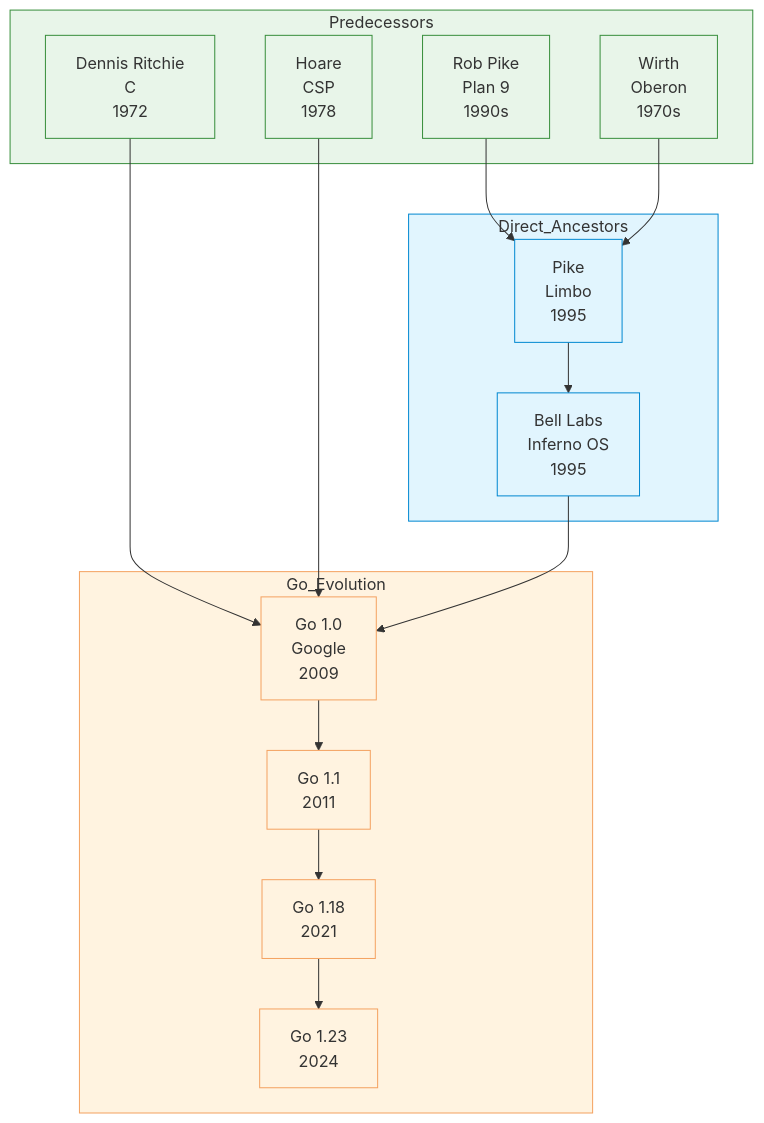
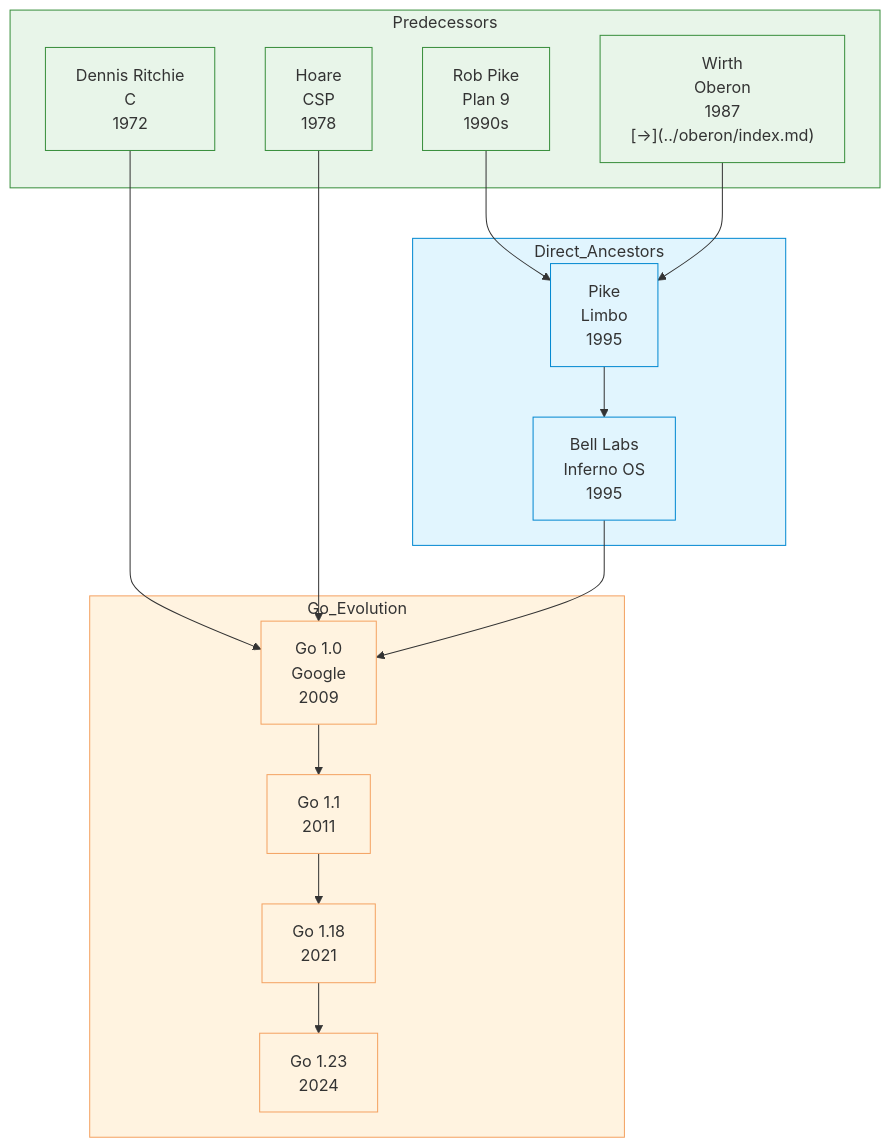
One commit to akardapolov/software-atlas changed the first of 4 diagrams in docs/languages/go/index.md. Above: the diagram before and after it, drawn with Mermaid. The commit also changed 22 other files, not shown here.

````diff
--- a/docs/languages/go/index.md
+++ b/docs/languages/go/index.md
@@ -68,45 +68,45 @@
 ```mermaid
 flowchart TD
     subgraph Predecessors
         C["Dennis Ritchie<br/>C<br/>1972"]
         CSP["Hoare<br/>CSP<br/>1978"]
-        Oberon["Wirth<br/>Oberon<br/>1970s"]
+        Oberon["Wirth<br/>Oberon<br/>1987<br/>[→](../oberon/index.md)"]
         Pike["Rob Pike<br/>Plan 9<br/>1990s"]
     end
 
     subgraph Direct_Ancestors
         Limbo["Pike<br/>Limbo<br/>1995"]
         Inferno["Bell Labs<br/>Inferno OS<br/>1995"]
     end
 
     subgraph Go_Evolution
         Go["Go 1.0<br/>Google<br/>2009"]
         Go1["Go 1.1<br/>2011"]
         Go18["Go 1.18<br/>2021"]
         Go23["Go 1.23<br/>2024"]
     end
 
     C --> Go
     CSP --> Go
     Pike --> Limbo
     Oberon --> Limbo
     Limbo --> Inferno
     Inferno --> Go
     Go --> Go1
     Go1 --> Go18
     Go18 --> Go23
 
     style Predecessors fill:#e8f5e9,stroke:#388e3c
     style Direct_Ancestors fill:#e1f5fe,stroke:#0288d1
     style Go_Evolution fill:#fff3e0,stroke:#f4a261
     style C fill:#e8f5e9,stroke:#388e3c
     style CSP fill:#e8f5e9,stroke:#388e3c
     style Oberon fill:#e8f5e9,stroke:#388e3c
     style Pike fill:#e8f5e9,stroke:#388e3c
     style Limbo fill:#e1f5fe,stroke:#0288d1
     style Inferno fill:#e1f5fe,stroke:#0288d1
     style Go fill:#fff3e0,stroke:#f4a261
     style Go1 fill:#fff3e0,stroke:#f4a261
     style Go18 fill:#fff3e0,stroke:#f4a261
     style Go23 fill:#fff3e0,stroke:#f4a261
 ```
````
